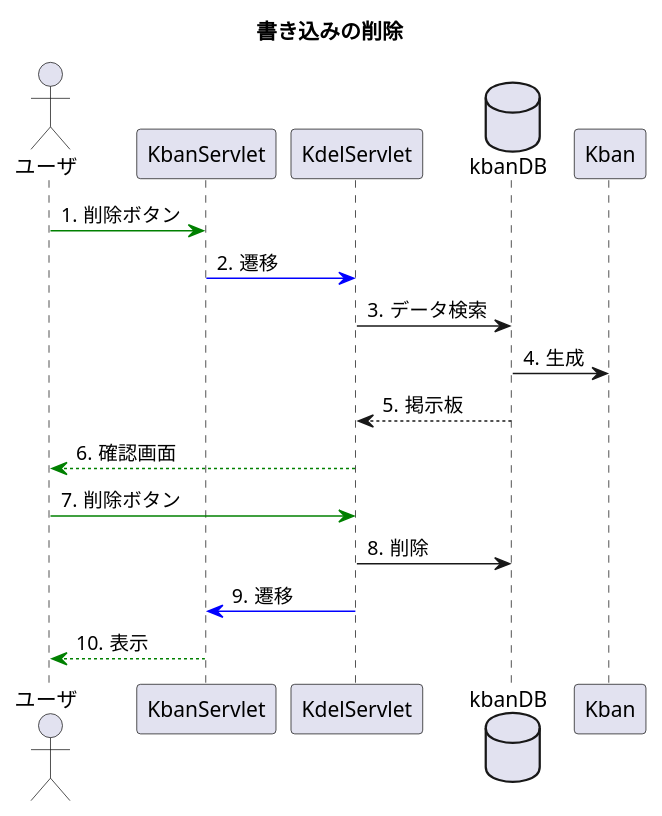
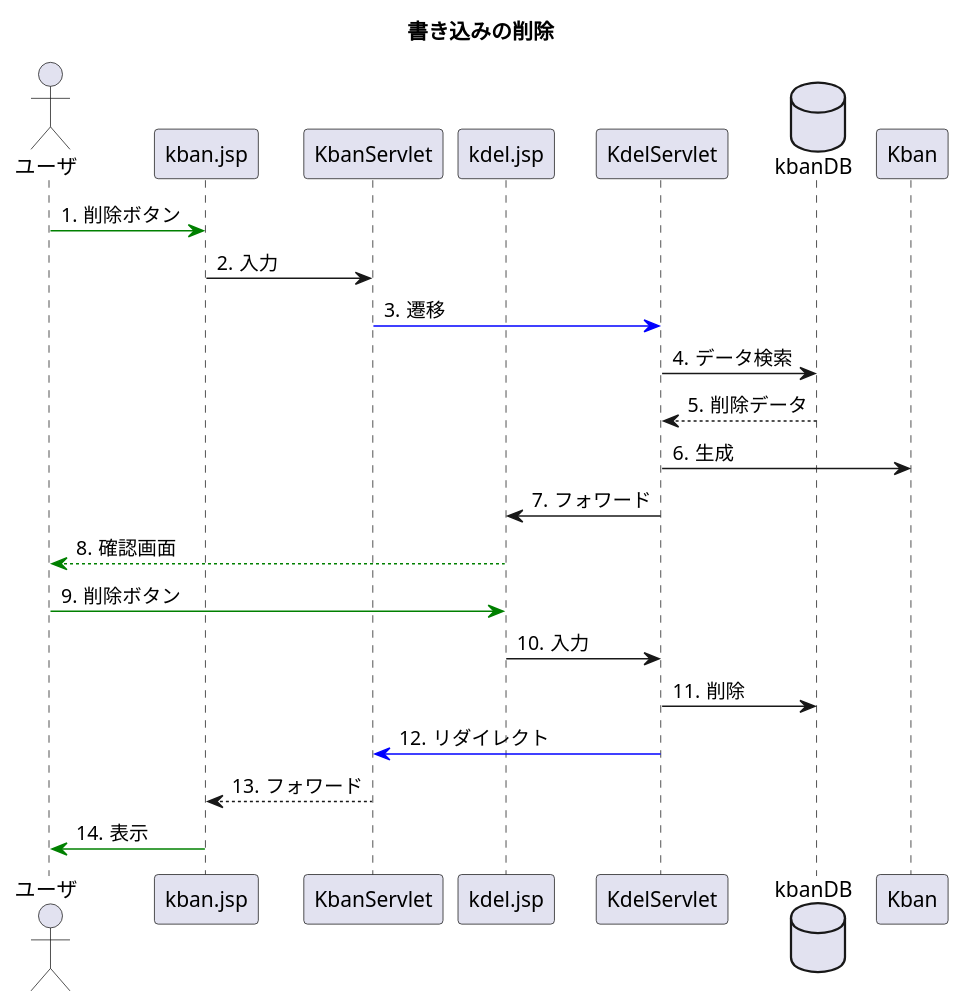
One commit to Tranoske/WebExample changed the diagram in uml/seq_del.pu. Above: the diagram before and after it, drawn with PlantUML. The commit also changed 4 other files, not shown here.

Commit message:
図

```diff
--- a/uml/seq_del.pu
+++ b/uml/seq_del.pu
@@ -1,22 +1,28 @@
 @startuml
 title 書き込みの削除
 
 autonumber "#."
 
 actor ユーザ
+participant kban.jsp
 participant KbanServlet
+participant kdel.jsp
 participant KdelServlet
 database kbanDB
 participant Kban
 
-ユーザ -[#green]> KbanServlet:削除ボタン
+ユーザ -[#green]> kban.jsp:削除ボタン
+kban.jsp -> KbanServlet:入力
 KbanServlet -[#blue]> KdelServlet:遷移
 KdelServlet -> kbanDB:データ検索
-kbanDB -> Kban:生成
-kbanDB --> KdelServlet:掲示板
-KdelServlet --[#green]> ユーザ:確認画面
-ユーザ -[#green]> KdelServlet:削除ボタン
+kbanDB --> KdelServlet:削除データ
+KdelServlet -> Kban:生成
+KdelServlet -> kdel.jsp:フォワード
+kdel.jsp --[#green]> ユーザ:確認画面
+ユーザ -[#green]> kdel.jsp:削除ボタン
+kdel.jsp -> KdelServlet:入力
 KdelServlet -> kbanDB:削除
-KdelServlet -[#blue]> KbanServlet:遷移
-KbanServlet --[#green]> ユーザ:表示
+KdelServlet -[#blue]> KbanServlet:リダイレクト
+KbanServlet --> kban.jsp:フォワード
+kban.jsp -[#green]> ユーザ:表示
 @enduml
```
